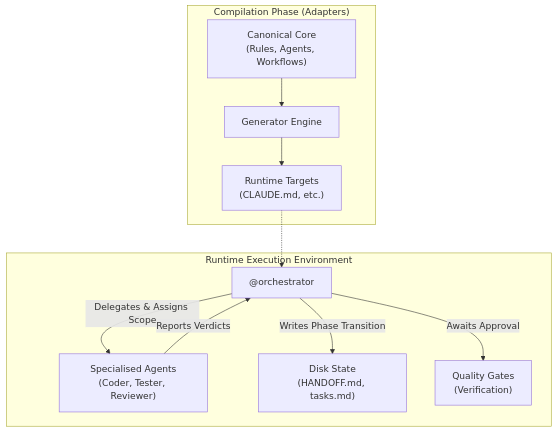
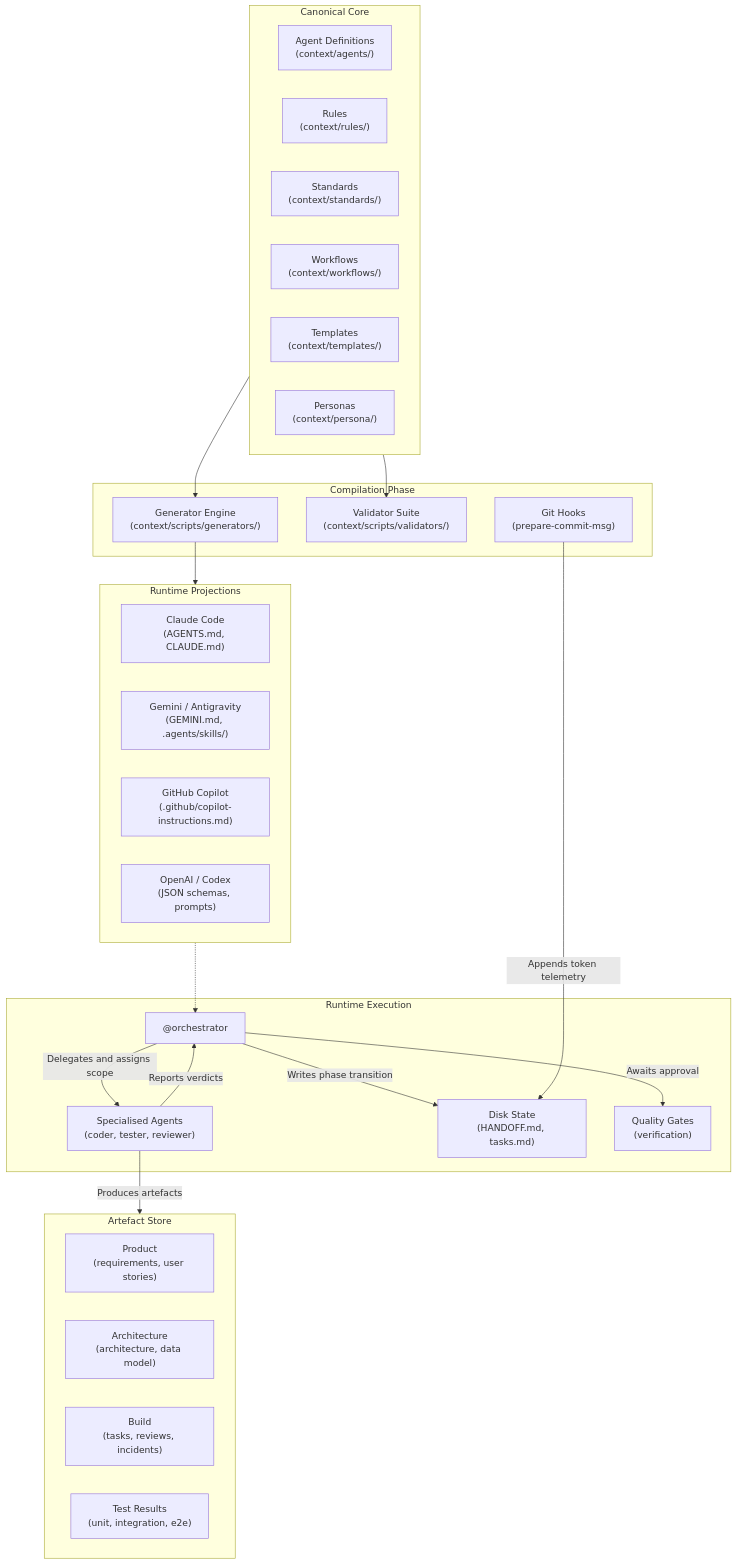
The second of 3 diagrams in artefacts/architecture/architecture.md (Schmoiger/start-here), drawn with Mermaid before and after one commit. The commit also changed other lines of this file and 3 other files, not shown here.

Commit message:
docs: reviewed repo once again and improved product requirements and technical architecture

````diff
--- a/artefacts/architecture/architecture.md
+++ b/artefacts/architecture/architecture.md
@@ -107,24 +133,49 @@
 ```mermaid
 flowchart TB
-    subgraph Compilation["Compilation Phase (Adapters)"]
-        Core["Canonical Core\n(Rules, Agents, Workflows)"]
-        CLI["Generator Engine"]
-        Target["Runtime Targets\n(CLAUDE.md, etc.)"]
-        
-        Core --> CLI
-        CLI --> Target
+    subgraph Core["Canonical Core"]
+        Agents["Agent Definitions\n(context/agents/)"]
+        Rules["Rules\n(context/rules/)"]
+        Standards["Standards\n(context/standards/)"]
+        Workflows["Workflows\n(context/workflows/)"]
+        Templates["Templates\n(context/templates/)"]
+        Personas["Personas\n(context/persona/)"]
     end
 
-    subgraph Runtime["Runtime Execution Environment"]
+    subgraph Compilation["Compilation Phase"]
+        Generator["Generator Engine\n(context/scripts/generators/)"]
+        Validators["Validator Suite\n(context/scripts/validators/)"]
+        Hooks["Git Hooks\n(prepare-commit-msg)"]
+    end
+
+    subgraph Projections["Runtime Projections"]
+        ClaudeTarget["Claude Code\n(AGENTS.md, CLAUDE.md)"]
+        GeminiTarget["Gemini / Antigravity\n(GEMINI.md, .agents/skills/)"]
+        GitHubTarget["GitHub Copilot\n(.github/copilot-instructions.md)"]
+        CodexTarget["OpenAI / Codex\n(JSON schemas, prompts)"]
+    end
+
+    subgraph Runtime["Runtime Execution"]
         Orchestrator["@orchestrator"]
-        Subagents["Specialised Agents\n(Coder, Tester, Reviewer)"]
+        Subagents["Specialised Agents\n(coder, tester, reviewer)"]
         State["Disk State\n(HANDOFF.md, tasks.md)"]
-        Gates["Quality Gates\n(Verification)"]
-        
-        Target -.-> Orchestrator
-        Orchestrator -->|Delegates & Assigns Scope| Subagents
-        Subagents -->|Reports Verdicts| Orchestrator
-        Orchestrator -->|Writes Phase Transition| State
-        Orchestrator -->|Awaits Approval| Gates
+        Gates["Quality Gates\n(verification)"]
     end
+
+    subgraph ArtefactStore["Artefact Store"]
+        Product["Product\n(requirements, user stories)"]
+        Arch["Architecture\n(architecture, data model)"]
+        Build["Build\n(tasks, reviews, incidents)"]
+        TestResults["Test Results\n(unit, integration, e2e)"]
+    end
+
+    Core --> Generator
+    Generator --> Projections
+    Core --> Validators
+    Projections -.-> Orchestrator
+    Orchestrator -->|Delegates and assigns scope| Subagents
+    Subagents -->|Reports verdicts| Orchestrator
+    Orchestrator -->|Writes phase transition| State
+    Orchestrator -->|Awaits approval| Gates
+    Subagents -->|Produces artefacts| ArtefactStore
+    Hooks -->|Appends token telemetry| State
 ```
````
